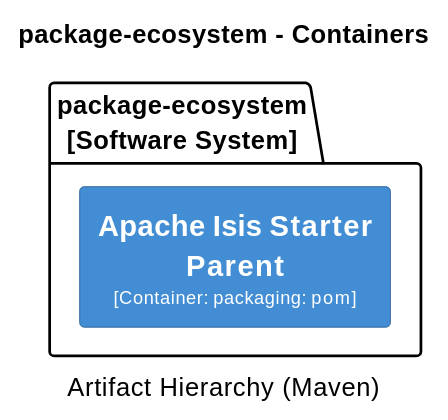
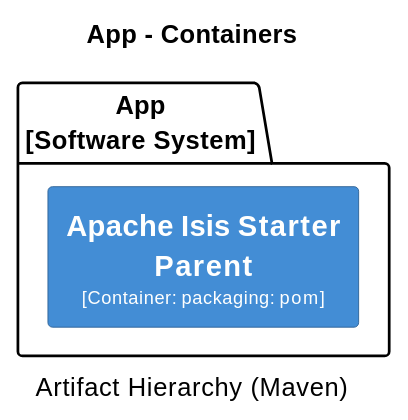
One commit to apache/causeway changed the fourth of 18 diagrams in antora/components/system/modules/ROOT/pages/system-overview.adoc. Above: the diagram before and after it, drawn with PlantUML. The commit also changed other lines of this file and 1 other file, not shown here.

Commit message:
ISIS-2473: system overview: more meaningful diagram titles

```diff
--- a/antora/components/system/modules/ROOT/pages/system-overview.adoc
+++ b/antora/components/system/modules/ROOT/pages/system-overview.adoc
@@ -663,24 +663,24 @@
 [plantuml,App,svg]
 ----
 @startuml(id=App)
-title package-ecosystem - Containers
+title App - Containers
 caption Artifact Hierarchy (Maven)
 
 skinparam {
   shadowing false
   arrowFontSize 10
   defaultTextAlignment center
   wrapWidth 200
   maxMessageSize 100
 }
 hide stereotype
 skinparam rectangle<<2>> {
   BackgroundColor #438dd5
   FontColor #fffffe
   BorderColor #2E6295
 }
-package "package-ecosystem\n[Software System]" {
+package "App\n[Software System]" {
   rectangle "==Apache Isis Starter Parent\n<size:10>[Container: packaging: pom]</size>" <<2>> as 2
 }
 @enduml
 ----
```
